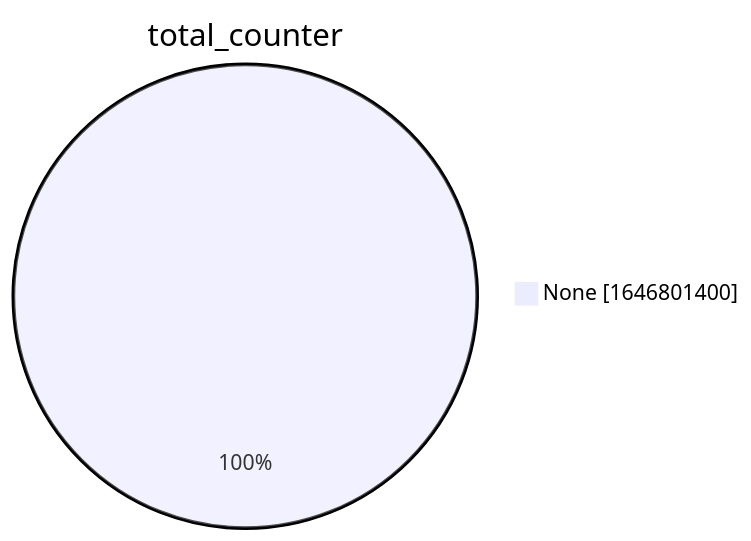
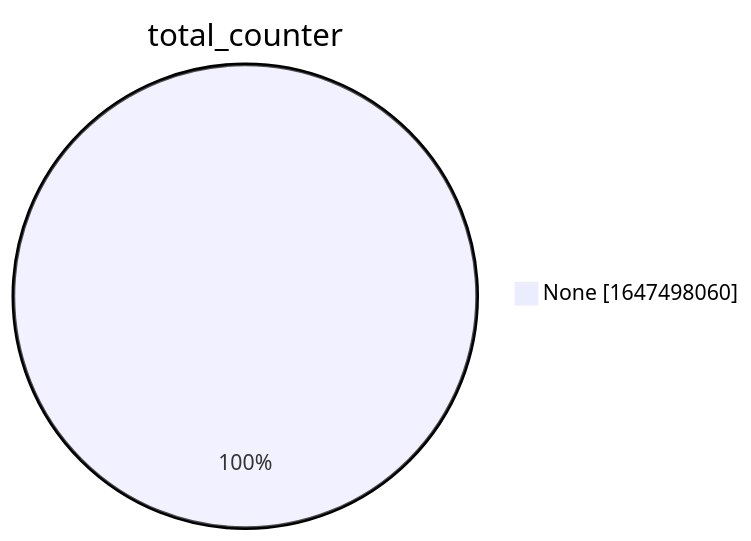
The second of 15 diagrams in xenon2022/README.md (christiankrug/ctmonitor_visualization), drawn with Mermaid before and after one commit. The commit also changed other lines of this file, not shown here.

````diff
--- a/xenon2022/README.md
+++ b/xenon2022/README.md
@@ -9,5 +9,5 @@
 ```mermaid
 pie showData
 title total_counter
-"None" :1646801400
+"None" :1647498060
 ```
````
